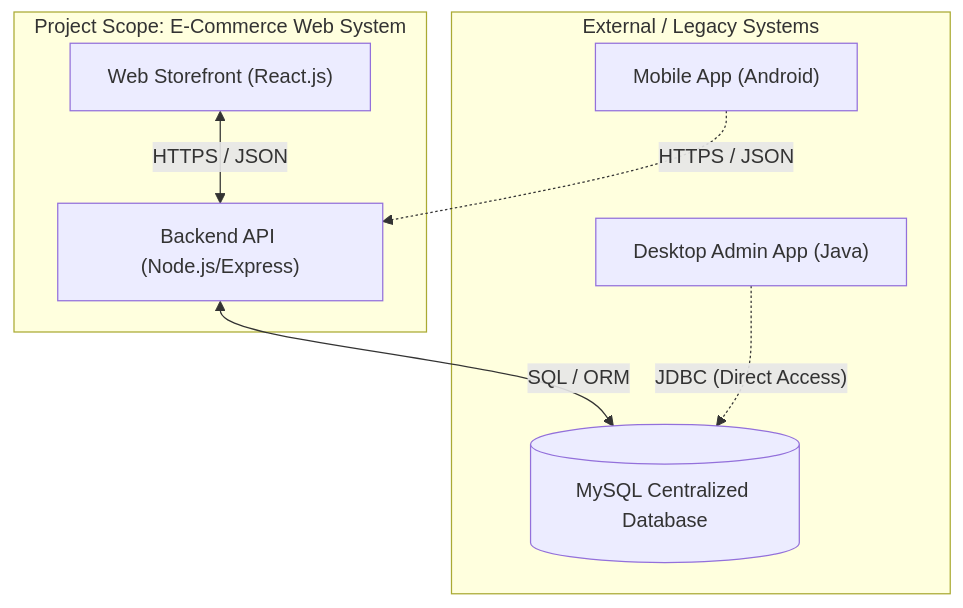
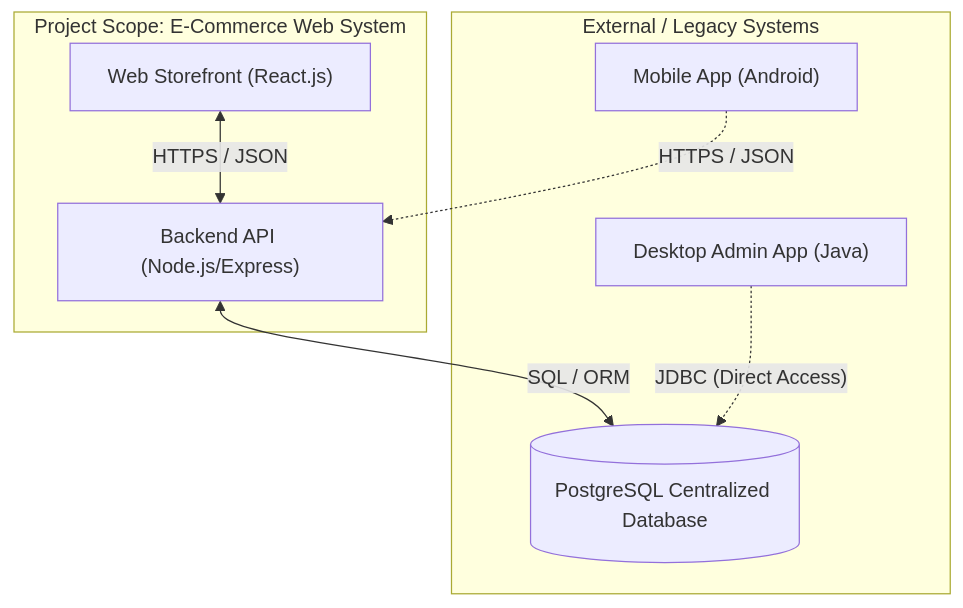
The first of 3 diagrams in e-commerce/doc/README.md (mrodriguezul/cti-adp-software), drawn with Mermaid before and after one commit. The commit also changed other lines of this file and 6 other files, not shown here.

Commit message:
Update documentation to reflect PostgreSQL database integration across various files

````diff
--- a/e-commerce/doc/README.md
+++ b/e-commerce/doc/README.md
@@ -92,19 +92,19 @@
 ```mermaid
 graph TD
     subgraph "Project Scope: E-Commerce Web System"
         Web["Web Storefront (React.js)"]
         API["Backend API (Node.js/Express)"]
     end
 
     subgraph "External / Legacy Systems"
-        DB[("MySQL Centralized Database")]
+        DB[("PostgreSQL Centralized Database")]
         Desktop["Desktop Admin App (Java)"]
         Mobile["Mobile App (Android)"]
     end
 
     %% Connections
     Web <-->|"HTTPS / JSON"| API
     API <-->|"SQL / ORM"| DB
     Desktop -.->|"JDBC (Direct Access)"| DB
     Mobile -.->|"HTTPS / JSON"| API
 ```
````
